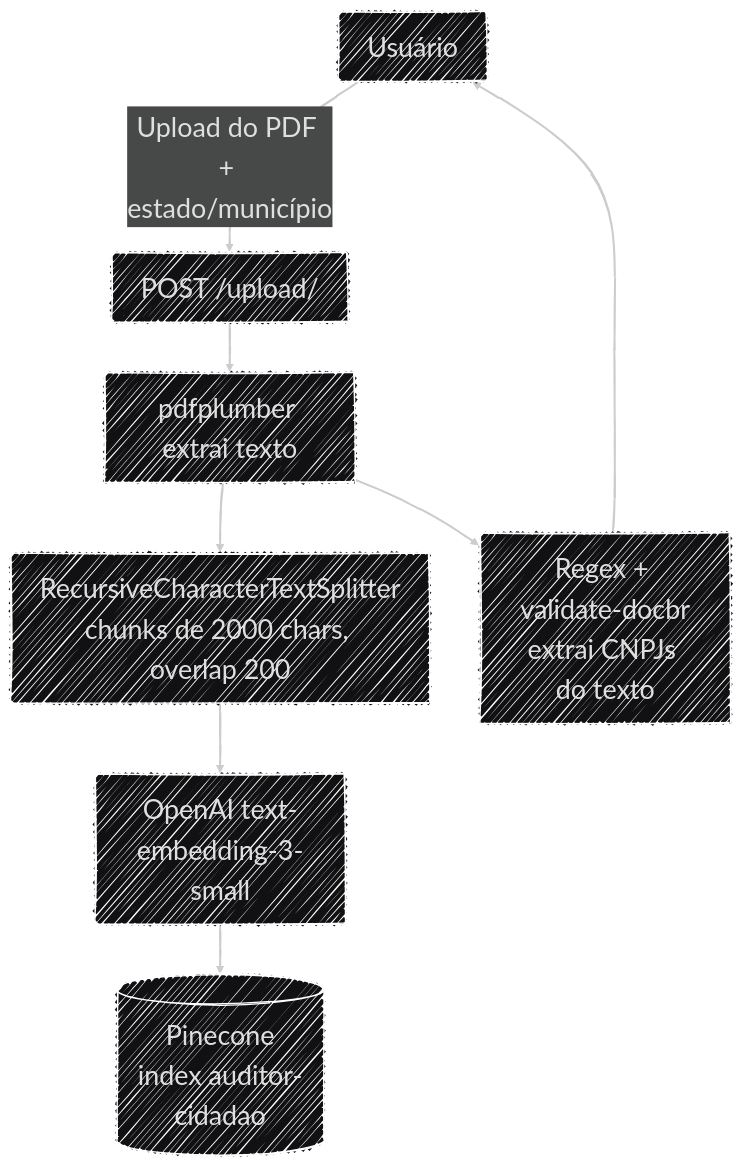
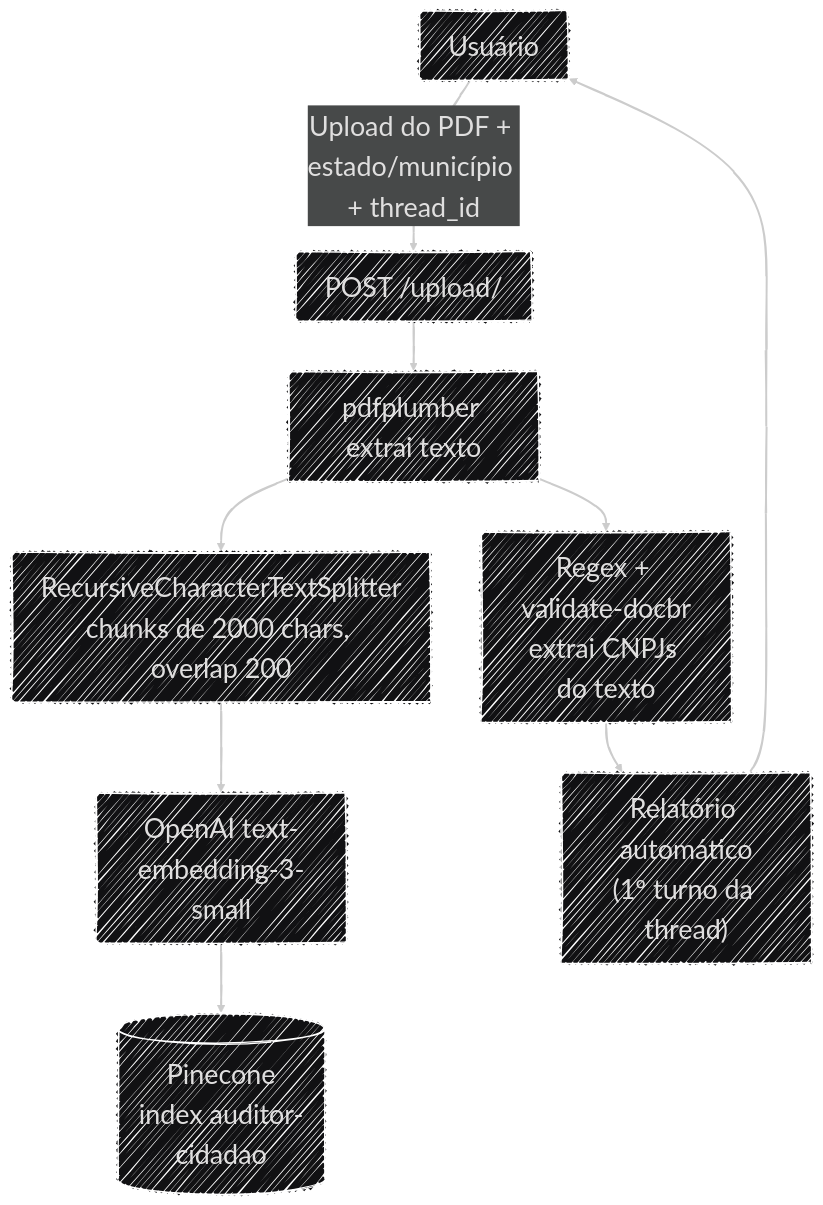
The first of 3 diagrams in docs/arquitetura/fluxo_dados.md (Moreira-89/auditor-cidadao), drawn with Mermaid before and after one commit. The commit also changed other lines of this file and 17 other files, not shown here.

First line of the commit message:
Refactor laudo extraction and reporting process; implement automatic report generation post-upload

````diff
--- a/docs/arquitetura/fluxo_dados.md
+++ b/docs/arquitetura/fluxo_dados.md
@@ -8,20 +8,21 @@
 ```mermaid
 ---
 config:
   layout: dagre
   theme: redux-dark
   look: handDrawn
   fontFamily: '''Source Code Pro Variable'', monospace'
   themeVariables:
     fontFamily: '''Source Code Pro Variable'', monospace'
     fontSize: '28px'
 ---
 flowchart TB
-    U["Usuário"] -->|"Upload do PDF + estado/município"| UP["POST /upload/"]
+    U["Usuário"] -->|"Upload do PDF + estado/município + thread_id"| UP["POST /upload/"]
     UP --> PDF["pdfplumber extrai texto"]
     PDF --> CHUNK["RecursiveCharacterTextSplitter<br>chunks de 2000 chars, overlap 200"]
     CHUNK --> EMB["OpenAI text-embedding-3-small"]
     EMB --> PC[("Pinecone<br>index auditor-cidadao")]
     PDF --> CNPJ["Regex + validate-docbr<br>extrai CNPJs do texto"]
-    CNPJ --> U
+    CNPJ --> REL["Relatório automático<br>(1º turno da thread)"]
+    REL --> U
 ```
````
